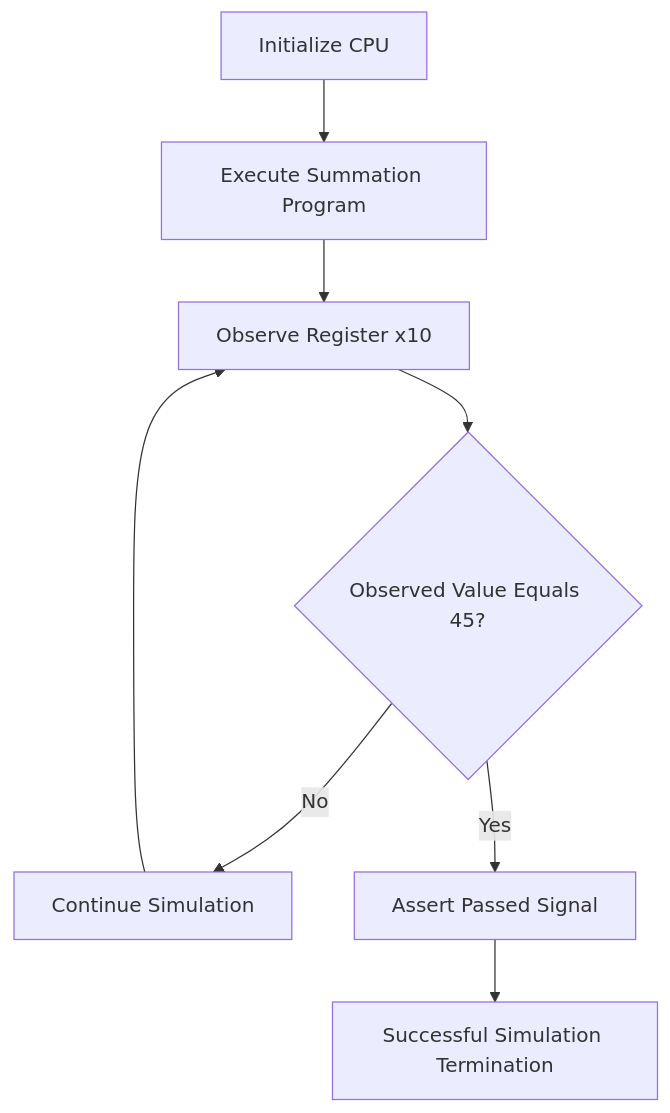
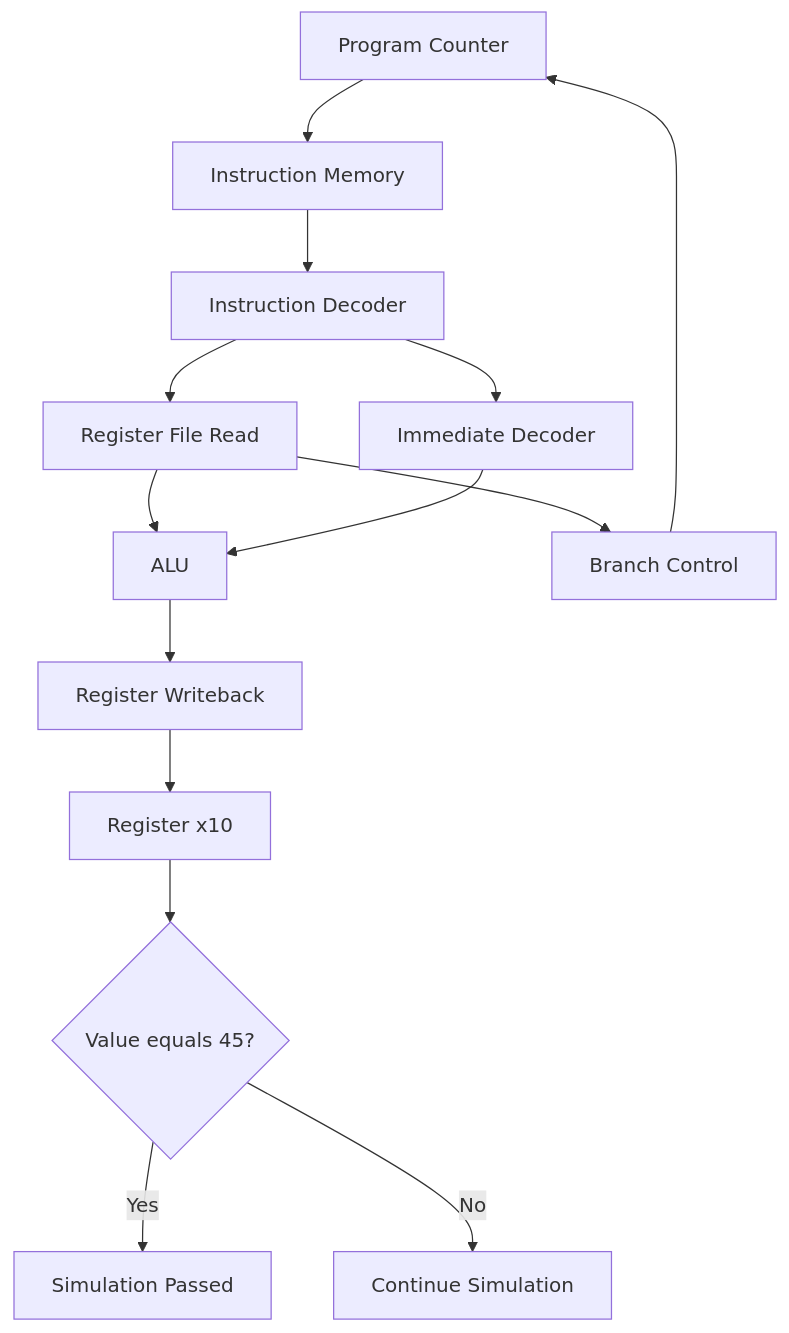
One commit to jishajoseph/NASSCOM-RISCV-MYTH changed the diagram in day4/51_CPU_Testbench.md. Above: the diagram before and after it, drawn with Mermaid. The commit also changed other lines of this file, not shown here.

````diff
--- a/day4/51_CPU_Testbench.md
+++ b/day4/51_CPU_Testbench.md
@@ -101,10 +89,16 @@
 ```mermaid
 flowchart TD
-    A[Initialize CPU] --> B[Execute Summation Program]
-    B --> C[Observe Register x10]
-    C --> D{Observed Value Equals 45?}
-    D -->|No| E[Continue Simulation]
-    E --> C
-    D -->|Yes| F[Assert Passed Signal]
-    F --> G[Successful Simulation Termination]
+    A[Program Counter] --> B[Instruction Memory]
+    B --> C[Instruction Decoder]
+    C --> D[Register File Read]
+    C --> E[Immediate Decoder]
+    D --> F[ALU]
+    E --> F
+    F --> G[Register Writeback]
+    D --> H[Branch Control]
+    H --> A
+    G --> I[Register x10]
+    I --> J{Value equals 45?}
+    J -->|Yes| K[Simulation Passed]
+    J -->|No| L[Continue Simulation]
 ```
````
